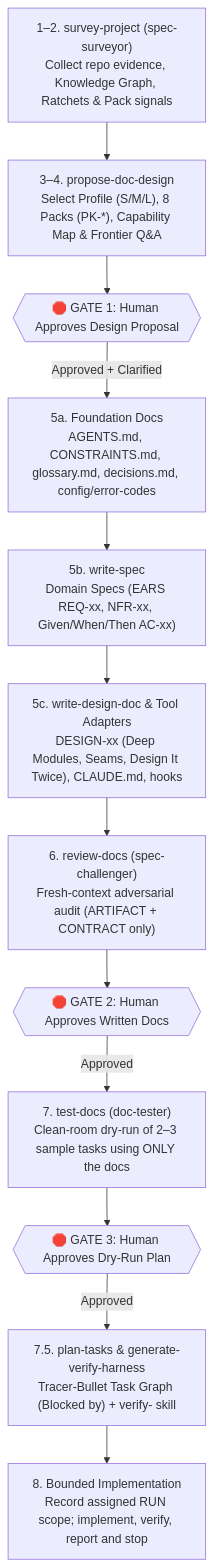
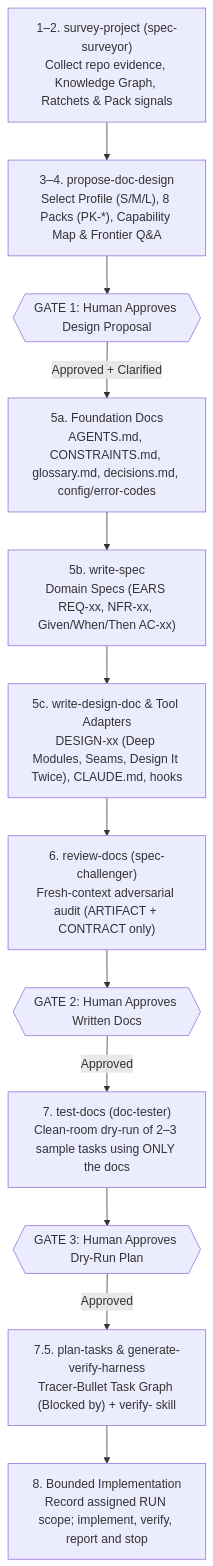
The diagram in README.md (huongmh14/writing-spec-for-ai), drawn with Mermaid before and after one commit. The commit also changed other lines of this file and 71 other files, not shown here.

````diff
--- a/README.md
+++ b/README.md
@@ -188,14 +188,14 @@
 ```mermaid
 flowchart TD
     S1["1–2. survey-project (spec-surveyor)<br/>Collect repo evidence, Knowledge Graph, Ratchets & Pack signals"] --> S3["3–4. propose-doc-design<br/>Select Profile (S/M/L), 8 Packs (PK-*), Capability Map & Frontier Q&A"]
-    S3 --> G1{{"🛑 GATE 1: Human Approves Design Proposal"}}
+    S3 --> G1{{" GATE 1: Human Approves Design Proposal"}}
     G1 -->|Approved + Clarified| S5A["5a. Foundation Docs<br/>AGENTS.md, CONSTRAINTS.md, glossary.md, decisions.md, config/error-codes"]
     S5A --> S5B["5b. write-spec<br/>Domain Specs (EARS REQ-xx, NFR-xx, Given/When/Then AC-xx)"]
     S5B --> S5C["5c. write-design-doc & Tool Adapters<br/>DESIGN-xx (Deep Modules, Seams, Design It Twice), CLAUDE.md, hooks"]
     S5C --> S6["6. review-docs (spec-challenger)<br/>Fresh-context adversarial audit (ARTIFACT + CONTRACT only)"]
-    S6 --> G2{{"🛑 GATE 2: Human Approves Written Docs"}}
+    S6 --> G2{{" GATE 2: Human Approves Written Docs"}}
     G2 -->|Approved| S7["7. test-docs (doc-tester)<br/>Clean-room dry-run of 2–3 sample tasks using ONLY the docs"]
-    S7 --> G3{{"🛑 GATE 3: Human Approves Dry-Run Plan"}}
+    S7 --> G3{{" GATE 3: Human Approves Dry-Run Plan"}}
     G3 -->|Approved| S75["7.5. plan-tasks & generate-verify-harness<br/>Tracer-Bullet Task Graph (Blocked by) + verify-<app> skill"]
     S75 --> S8["8. Bounded Implementation<br/>Record assigned RUN scope; implement, verify, report and stop"]
 ```
````
